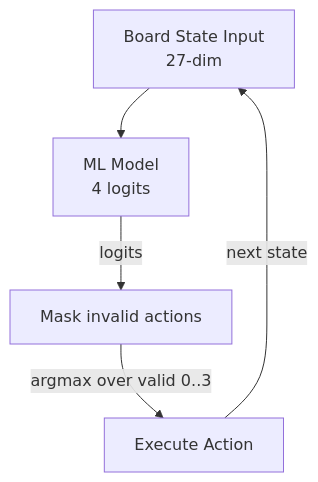
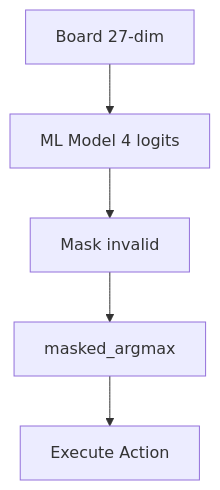
Before and after one commit to Evintkoo/2048-ml: the diagram in plans/04-Actions/03-Mapping/02-action-decision-policy.md, drawn with Mermaid. The commit also changed other lines of this file and 94 other files, not shown here.

````diff
--- a/plans/04-Actions/03-Mapping/02-action-decision-policy.md
+++ b/plans/04-Actions/03-Mapping/02-action-decision-policy.md
@@ -9,7 +8,7 @@
 ```mermaid
 flowchart TB
-    State["Board State Input<br/>27-dim"] --> Model["ML Model<br/>4 logits"]
-    Model -->|logits| Mask["Mask invalid actions"]
-    Mask -->|argmax over valid 0..3| Execute["Execute Action"]
-    Execute -->|next state| State
+    State["Board 27-dim"] --> Model["ML Model 4 logits"]
+    Model --> Mask["Mask invalid"]
+    Mask --> Argmax["masked_argmax"]
+    Argmax --> Execute["Execute Action"]
 ```
````
